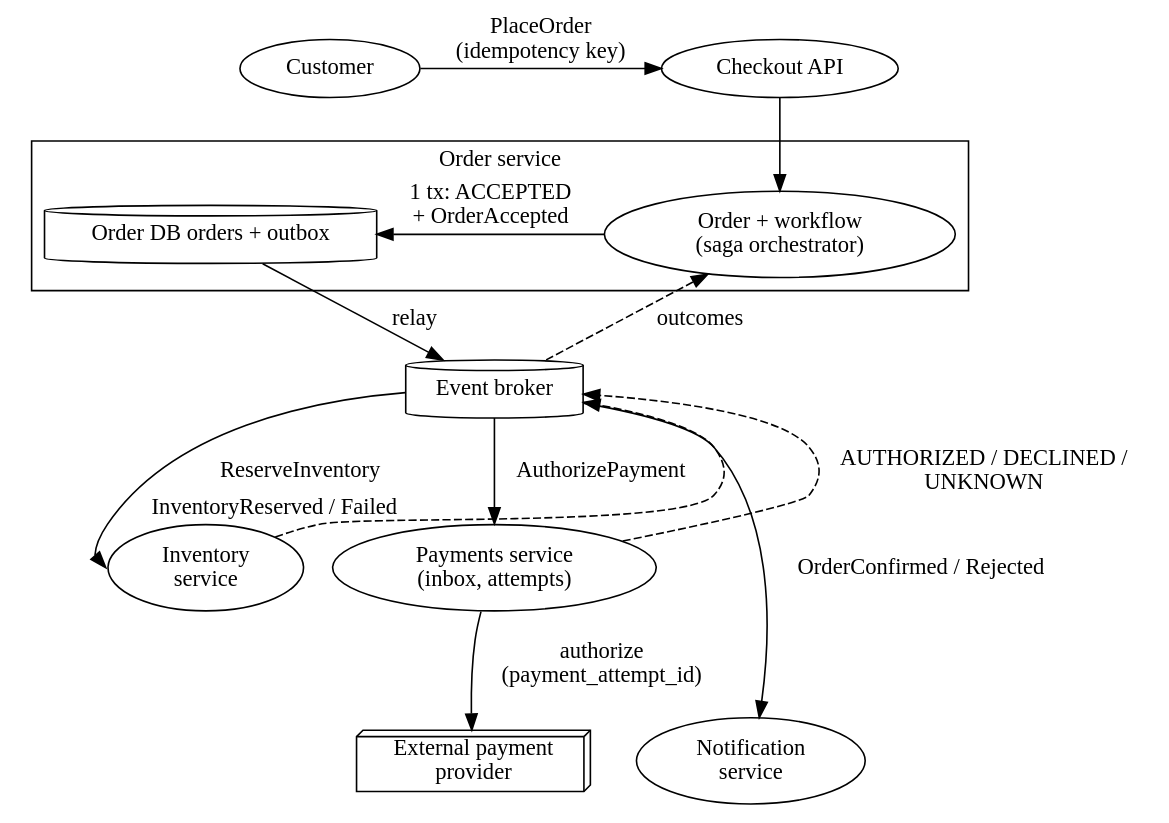
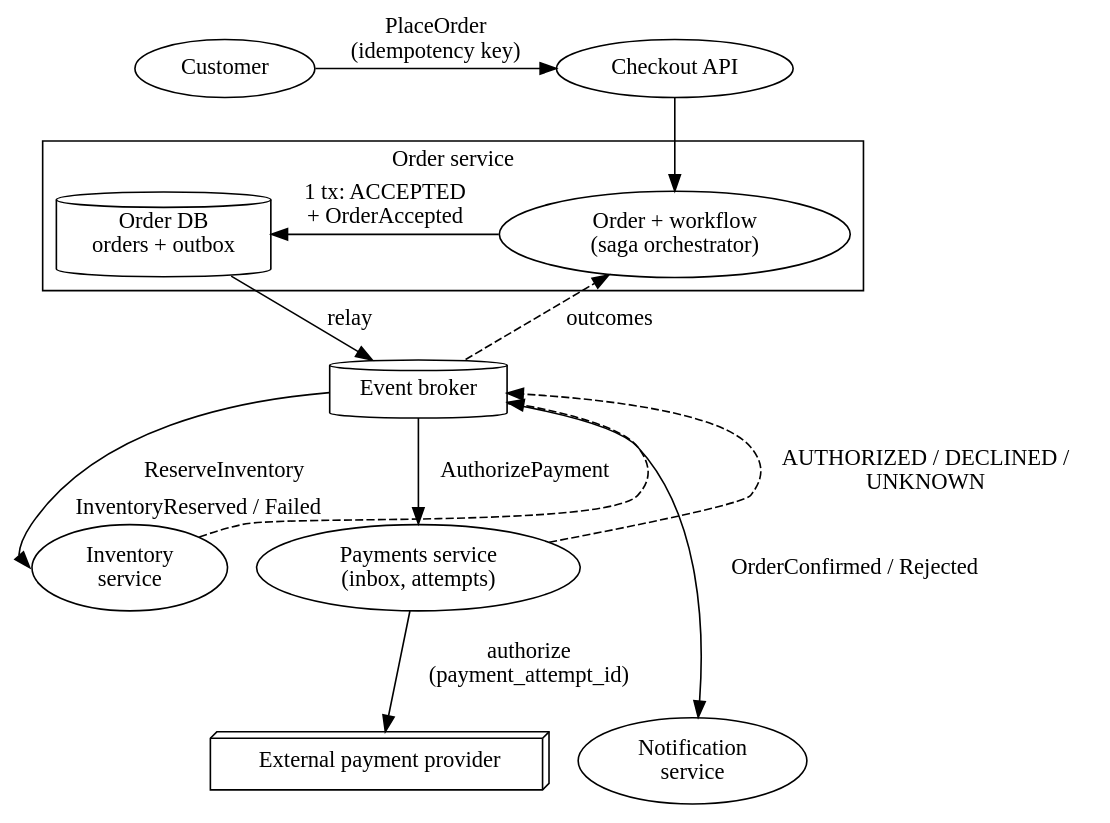
Before and after one commit to cesarcastrocuba/handbook-solutions-architecture: the diagram in assets/diagrams/src/checkout.dot, drawn with Graphviz. The commit also changed 14 other files, not shown here.

First line of the commit message:
diagrams(figures): keep each node name on its own line

```diff
--- a/assets/diagrams/src/checkout.dot
+++ b/assets/diagrams/src/checkout.dot
@@ -1,35 +1,35 @@
 digraph G {
 
  rankdir=TB;
  cu [label="Customer", shape=ellipse];
  api [label="Checkout API"];
  subgraph cluster_ord { label="Order service";
-   odb [label="Order DB orders + outbox", shape=cylinder];
+   odb [label="Order DB\norders + outbox", shape=cylinder];
    os [label="Order + workflow\n(saga orchestrator)"];
    os->odb [label="1 tx: ACCEPTED\n+ OrderAccepted", constraint=false];
    {rank=same; os; odb;}
  }
  br [label="Event broker", shape=cylinder];
  inv [label="Inventory\nservice"];
  pay [label="Payments service\n(inbox, attempts)"];
- pp [label="External payment\nprovider", shape=box3d];
+ pp [label="External payment provider", shape=box3d];
  nt [label="Notification\nservice"];
  cu->api [label="PlaceOrder\n(idempotency key)"];
  api->os;
  odb->br [label="relay"];
  // The request edge enters the inventory service from the west so its curve stays
  // clear of the InventoryReserved/Failed external label.
  br->inv [label="ReserveInventory", headport=w];
  br->pay [label="AuthorizePayment"];
  pay->pp [label="authorize\n(payment_attempt_id)"];
  // External label keeps the event name clear of the solid authorize edge;
  // the invisible spacer preserves the width that keeps the tall-page cap clear.
  inv->br [xlabel="InventoryReserved / Failed", style=dashed, constraint=false];
  pay->br [label="AUTHORIZED / DECLINED /\nUNKNOWN", style=dashed, constraint=false];
  br->os [label="outcomes", style=dashed];
  br->nt [label="OrderConfirmed / Rejected"];
  {rank=same; cu; api;}
  {rank=same; inv; pay;}
  {rank=same; pp; sp; nt;}
  sp [style=invis, width=1.8];
 }
```
